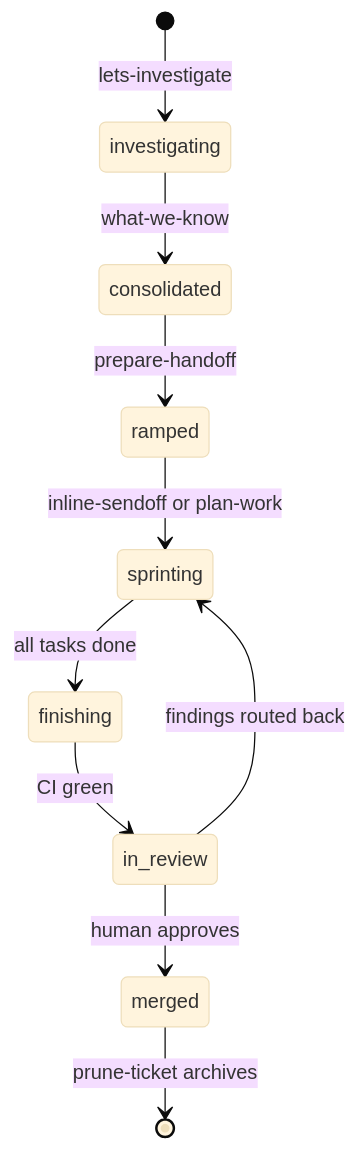
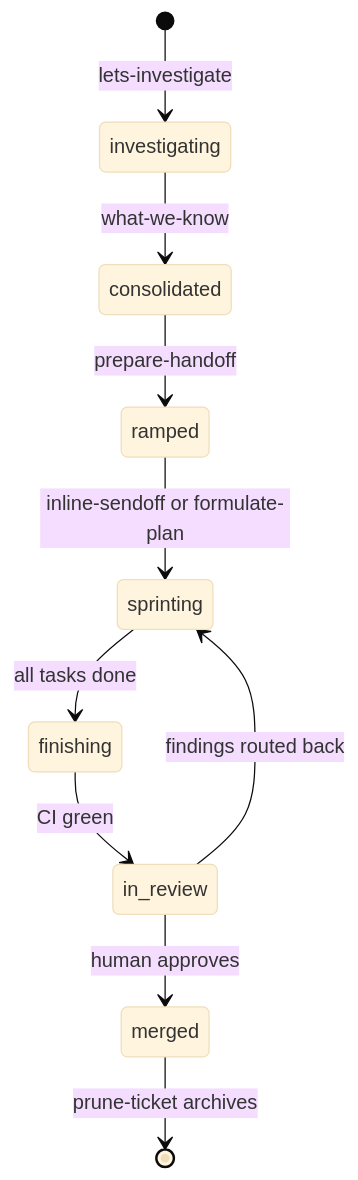
Before and after one commit to rhawk117/rygentic-harness: the third of 3 diagrams in docs/workflow.md, drawn with Mermaid (base theme). The commit also changed other lines of this file and 51 other files, not shown here.

````diff
--- a/docs/workflow.md
+++ b/docs/workflow.md
@@ -137,12 +158,12 @@
 ```mermaid
 stateDiagram-v2
     [*] --> investigating: lets-investigate
     investigating --> consolidated: what-we-know
     consolidated --> ramped: prepare-handoff
-    ramped --> sprinting: inline-sendoff or plan-work
+    ramped --> sprinting: inline-sendoff or formulate-plan
     sprinting --> finishing: all tasks done
     finishing --> in_review: CI green
     in_review --> sprinting: findings routed back
     in_review --> merged: human approves
     merged --> [*]: prune-ticket archives
 ```
````
